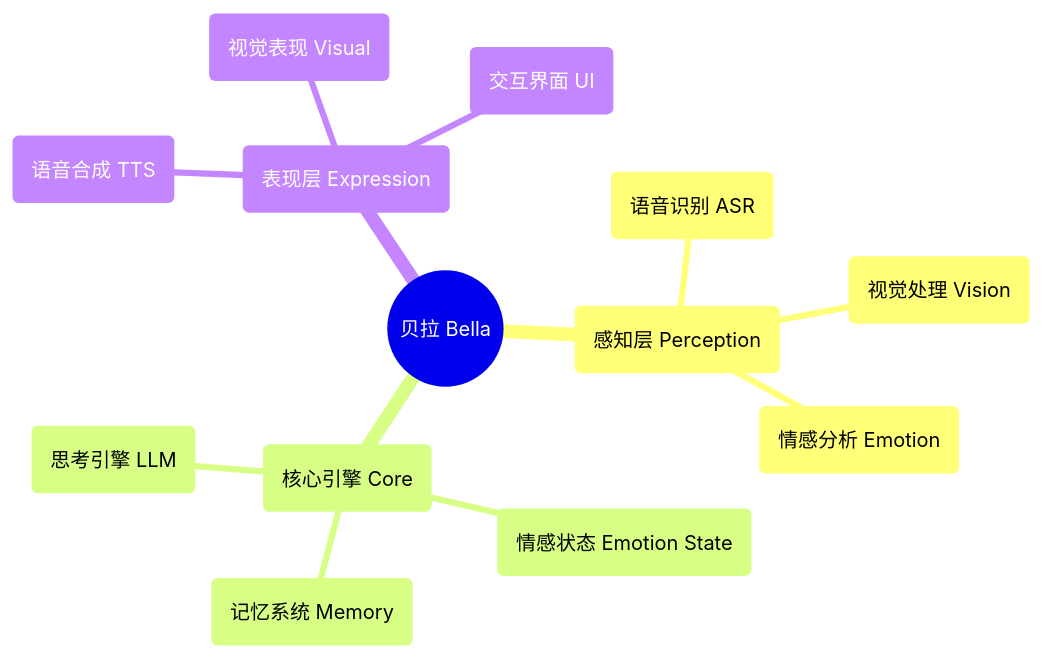
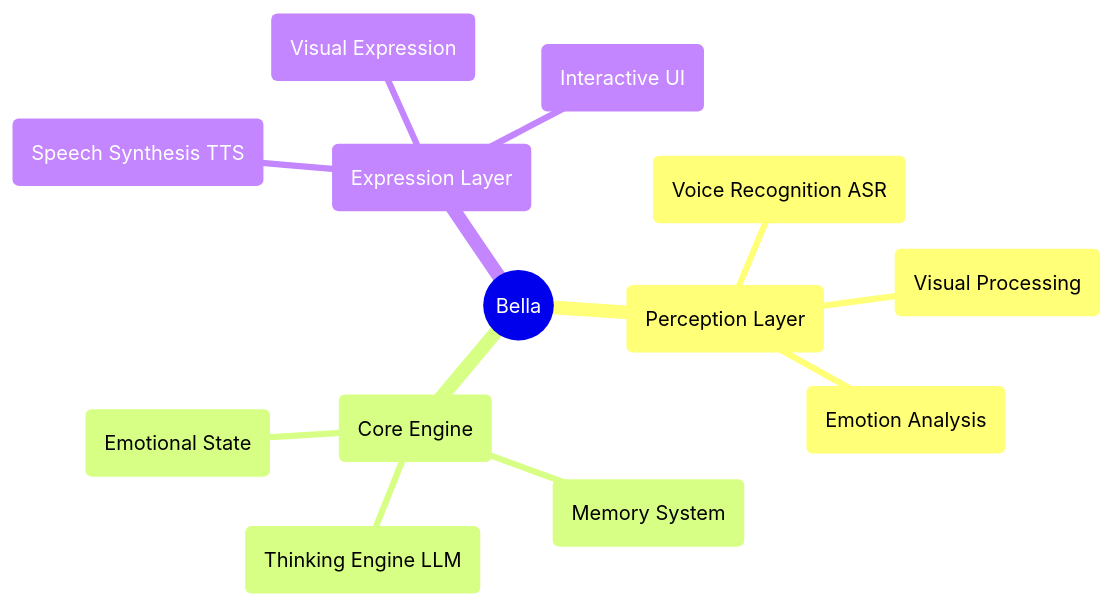
Before and after one commit to zaruous/Bella: the diagram in README.md, drawn with Mermaid. The commit also changed other lines of this file and 4 other files, not shown here.

````diff
--- a/README.md
+++ b/README.md
@@ -88,16 +88,16 @@
 ```mermaid
 mindmap
-  root((贝拉 Bella))
-    (感知层 Perception)
-      (语音识别 ASR)
-      (视觉处理 Vision)
-      (情感分析 Emotion)
-    (核心引擎 Core)
-      (思考引擎 LLM)
-      (记忆系统 Memory)
-      (情感状态 Emotion State)
-    (表现层 Expression)
-      (语音合成 TTS)
-      (视觉表现 Visual)
-      (交互界面 UI)
+  root((Bella))
+    (Perception Layer)
+      (Voice Recognition ASR)
+      (Visual Processing)
+      (Emotion Analysis)
+    (Core Engine)
+      (Thinking Engine LLM)
+      (Memory System)
+      (Emotional State)
+    (Expression Layer)
+      (Speech Synthesis TTS)
+      (Visual Expression)
+      (Interactive UI)
 ```
````
